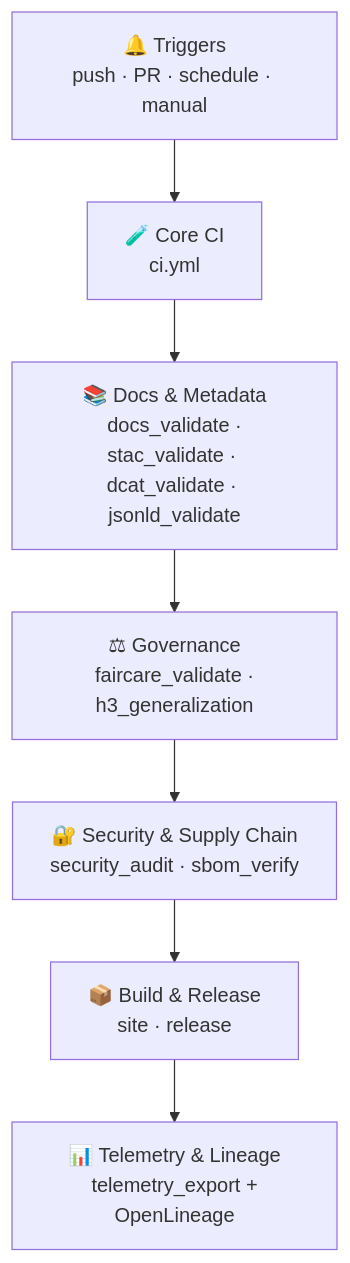
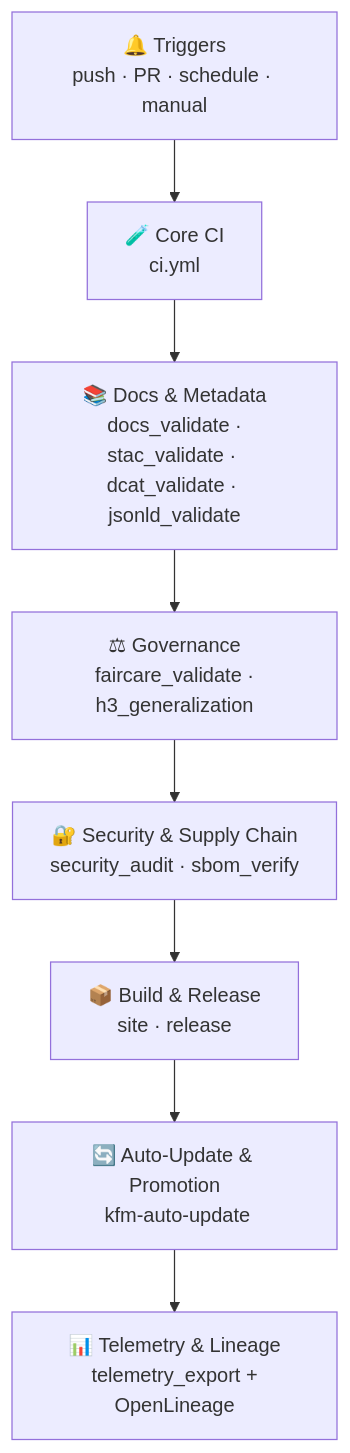
One commit to bartytime4life/Kansas-Frontier-Matrix changed the diagram in .github/workflows/README.md. Above: the diagram before and after it, drawn with Mermaid. The commit also changed other lines of this file, not shown here.

```diff
--- a/.github/workflows/README.md
+++ b/.github/workflows/README.md
@@ -194,9 +195,10 @@
 ~~~mermaid
 flowchart TB
     A["🔔 Triggers\npush · PR · schedule · manual"] --> B["🧪 Core CI\nci.yml"]
     B --> C["📚 Docs & Metadata\n docs_validate · stac_validate · dcat_validate · jsonld_validate"]
     C --> D["⚖ Governance\n faircare_validate · h3_generalization"]
     D --> E["🔐 Security & Supply Chain\n security_audit · sbom_verify"]
     E --> F["📦 Build & Release\n site · release"]
-    F --> G["📊 Telemetry & Lineage\n telemetry_export + OpenLineage"]
+    F --> G["🔄 Auto-Update & Promotion\n kfm-auto-update"]
+    G --> H["📊 Telemetry & Lineage\n telemetry_export + OpenLineage"]
 ~~~
```
